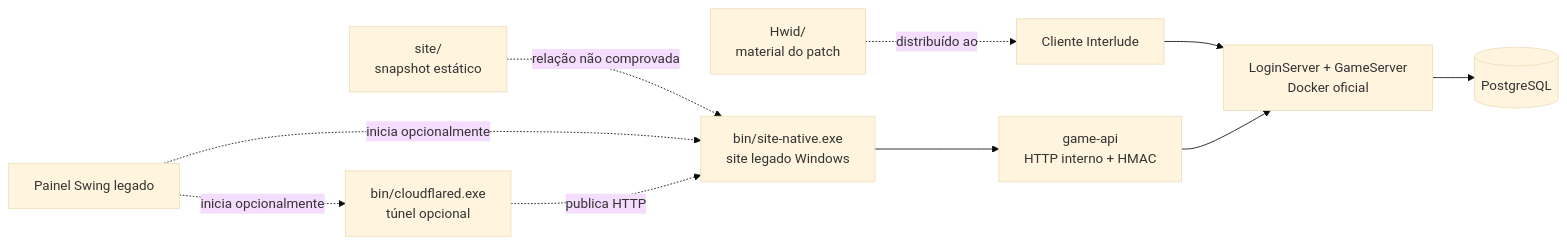
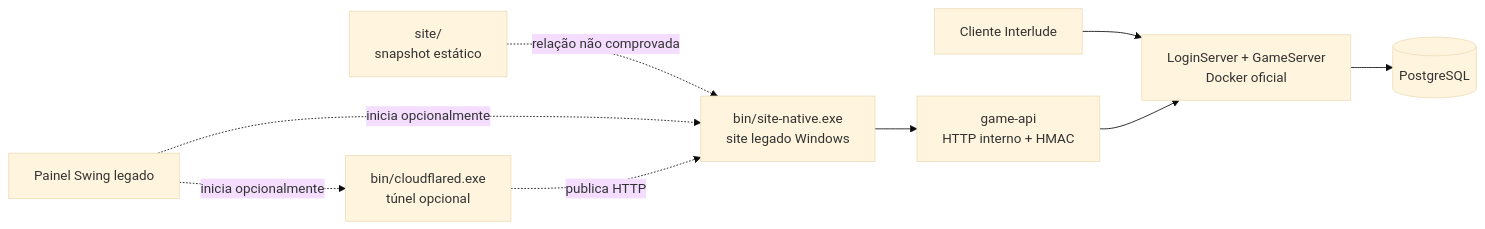
Before and after one commit to VictorAlmeida92/L2-NewEra: the diagram in docs/architecture/component-boundaries.md, drawn with Mermaid (base theme). The commit also changed other lines of this file and 10 other files, not shown here.

Commit message:
refactor: remove legacy client patch folder

````diff
--- a/docs/architecture/component-boundaries.md
+++ b/docs/architecture/component-boundaries.md
@@ -9,22 +9,20 @@
 ```mermaid
 flowchart LR
     Client[Cliente Interlude]
-    Patch[Hwid/\nmaterial do patch]
     Game[LoginServer + GameServer\nDocker oficial]
     API[game-api\nHTTP interno + HMAC]
     DB[(PostgreSQL)]
     Static[site/\nsnapshot estático]
     SiteBin[bin/site-native.exe\nsite legado Windows]
     Tunnel[bin/cloudflared.exe\ntúnel opcional]
     GUI[Painel Swing legado]
 
-    Patch -. distribuído ao .-> Client
     Client --> Game
     Game --> DB
     Static -. relação não comprovada .-> SiteBin
     SiteBin --> API
     API --> Game
     GUI -. inicia opcionalmente .-> SiteBin
     GUI -. inicia opcionalmente .-> Tunnel
     Tunnel -. publica HTTP .-> SiteBin
 ```
````
